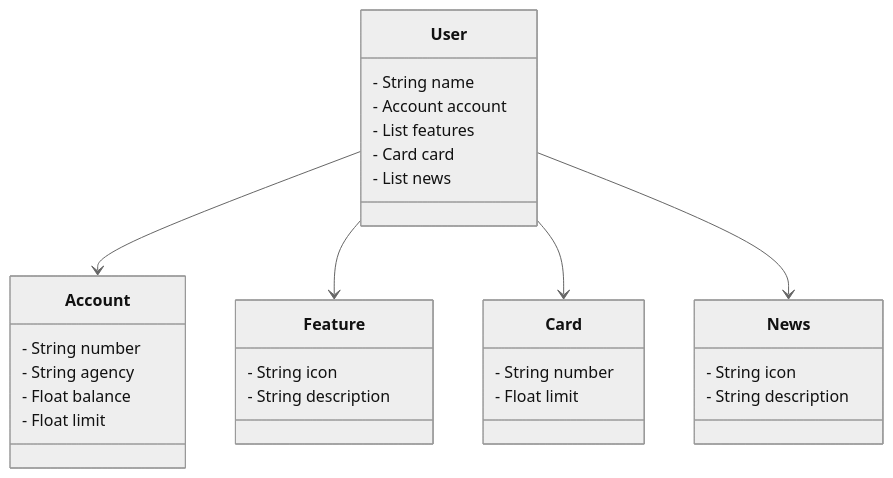
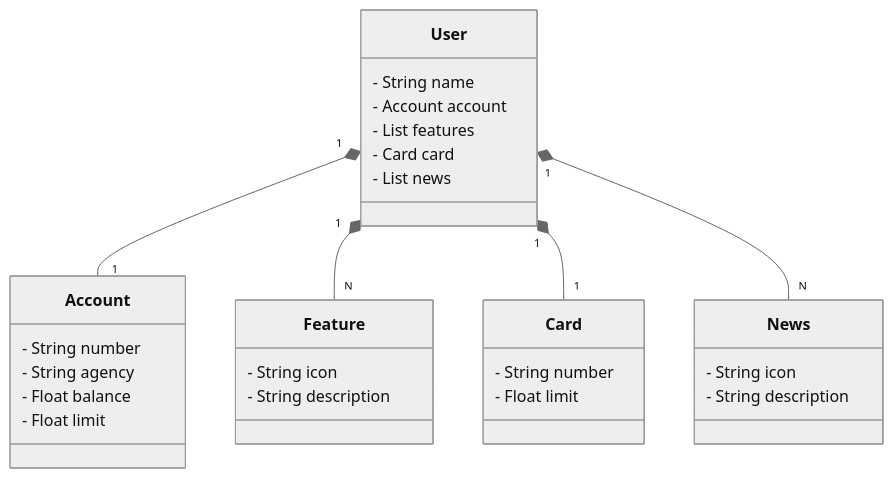
One commit to vitorbizarra/santander-dev-week-2023 changed the diagram in README.md. Above: the diagram before and after it, drawn with Mermaid (neutral theme).

Commit message:
:books: docs: Atualizando README.md

````diff
--- a/README.md
+++ b/README.md
@@ -7,38 +7,38 @@
 ``` mermaid
 classDiagram
     class User {
         - String name
         - Account account
         - List<Feature> features
         - Card card
         - List<News> news
     }
     
     class Account {
         - String number
         - String agency
         - Float balance
         - Float limit
     }
     
     class Feature {
         - String icon
         - String description
     }
     
     class Card {
         - String number
         - Float limit
     }
     
     class News {
         - String icon
         - String description
     }
     
-    User --> Account
-    User --> Feature
-    User --> Card
-    User --> News
+    User "1" *-- "1" Account
+    User "1" *-- "N" Feature
+    User "1" *-- "1" Card
+    User "1" *-- "N" News
 
 ```
````
